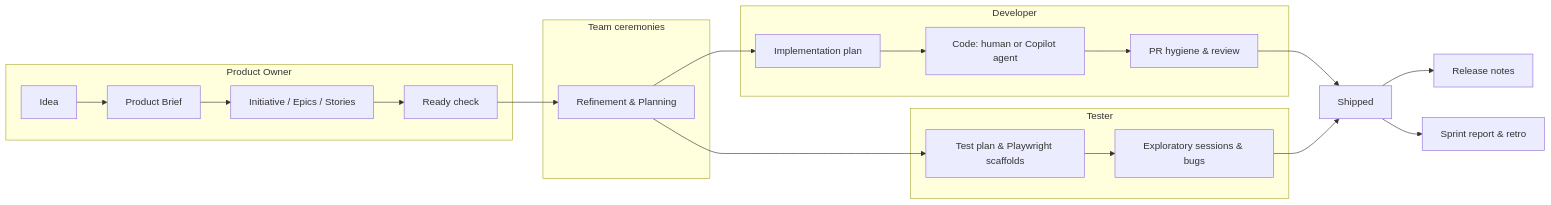
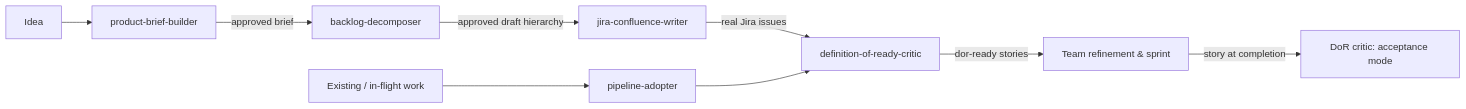
Before and after one commit to hsquirrel/ai-sdlc: the diagram in docs/user-guide/README.md, drawn with Mermaid. The commit also changed other lines of this file and 37 other files, not shown here.

````diff
--- a/docs/user-guide/README.md
+++ b/docs/user-guide/README.md
@@ -15,24 +29,10 @@
 ```mermaid
 flowchart LR
-    subgraph PO["Product Owner"]
-      A[Idea] --> B[Product Brief]
-      B --> C[Initiative / Epics / Stories]
-      C --> D[Ready check]
-    end
-    subgraph Team["Team ceremonies"]
-      D --> E[Refinement & Planning]
-    end
-    subgraph Dev["Developer"]
-      E --> F[Implementation plan]
-      F --> G[Code: human or Copilot agent]
-      G --> H[PR hygiene & review]
-    end
-    subgraph Test["Tester"]
-      E --> I[Test plan & Playwright scaffolds]
-      I --> J[Exploratory sessions & bugs]
-    end
-    H --> K[Shipped]
-    J --> K
-    K --> L[Release notes]
-    K --> M[Sprint report & retro]
+    A[Idea] --> B[product-brief-builder]
+    B -->|approved brief| C[backlog-decomposer]
+    C -->|approved draft hierarchy| D[jira-confluence-writer]
+    D -->|real Jira issues| E[definition-of-ready-critic]
+    E -->|dor-ready stories| F[Team refinement & sprint]
+    F -->|story at completion| E2[DoR critic: acceptance mode]
+    G[Existing / in-flight work] --> H[pipeline-adopter] --> E
 ```
````
